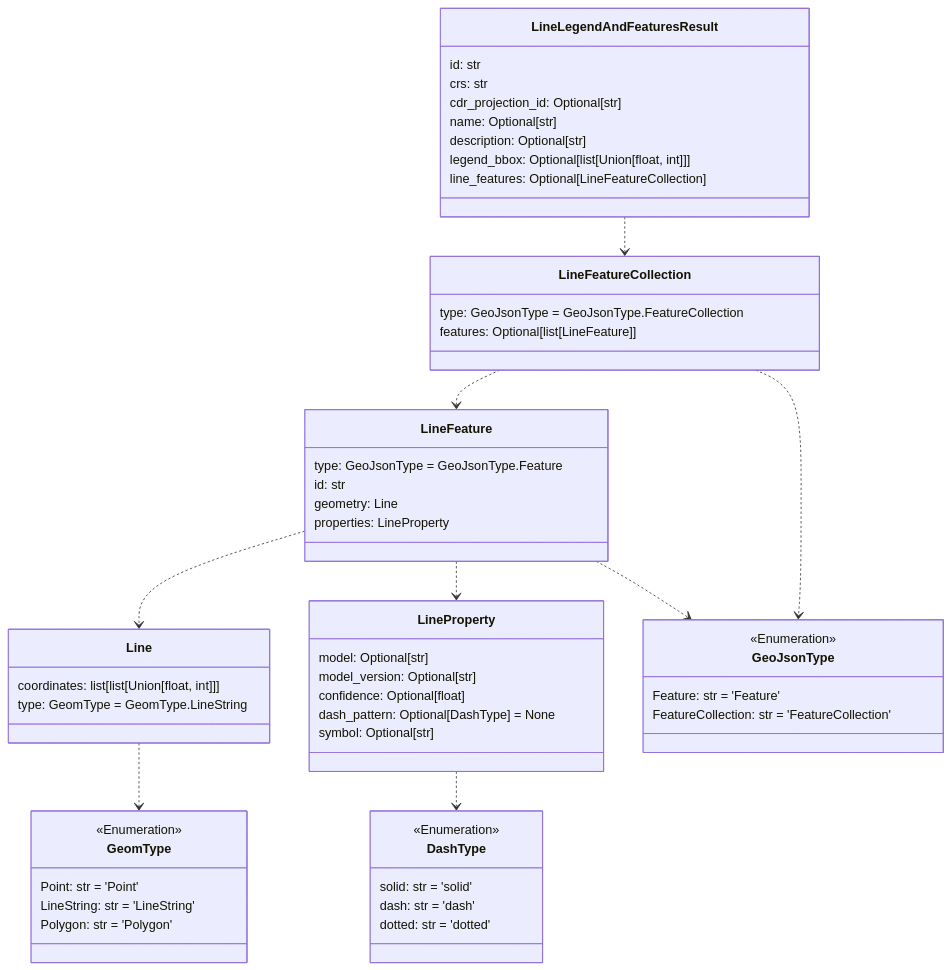
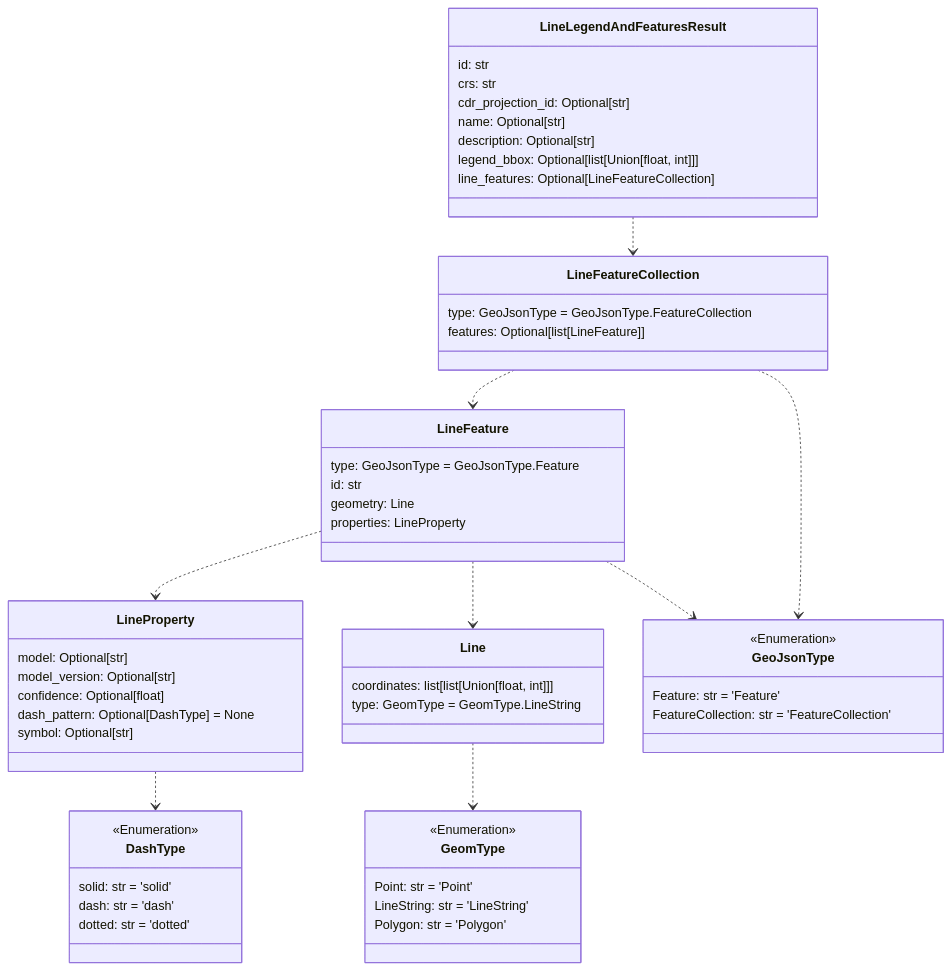
One commit to DARPA-CRITICALMAAS/cdr_schemas changed the sixth of 12 diagrams in README.md. Above: the diagram before and after it, drawn with Mermaid. The commit also changed other lines of this file and 7 other files, not shown here.

````diff
--- a/README.md
+++ b/README.md
@@ -348,69 +395,69 @@
 ```mermaid
 classDiagram
 
     class LineFeature {
         type: GeoJsonType = GeoJsonType.Feature
         id: str
         geometry: Line
         properties: LineProperty
     }
 
-    class DashType {
-        <<Enumeration>>
-        solid: str = 'solid'
-        dash: str = 'dash'
-        dotted: str = 'dotted'
+    class Line {
+        coordinates: list[list[Union[float, int]]]
+        type: GeomType = GeomType.LineString
     }
 
-    class GeomType {
-        <<Enumeration>>
-        Point: str = 'Point'
-        LineString: str = 'LineString'
-        Polygon: str = 'Polygon'
+    class LineFeatureCollection {
+        type: GeoJsonType = GeoJsonType.FeatureCollection
+        features: Optional[list[LineFeature]]
     }
 
     class GeoJsonType {
         <<Enumeration>>
         Feature: str = 'Feature'
         FeatureCollection: str = 'FeatureCollection'
-    }
-
-    class Line {
-        coordinates: list[list[Union[float, int]]]
-        type: GeomType = GeomType.LineString
-    }
-
-    class LineProperty {
-        model: Optional[str]
-        model_version: Optional[str]
-        confidence: Optional[float]
-        dash_pattern: Optional[DashType] = None
-        symbol: Optional[str]
     }
 
     class LineLegendAndFeaturesResult {
         id: str
         crs: str
         cdr_projection_id: Optional[str]
         name: Optional[str]
         description: Optional[str]
         legend_bbox: Optional[list[Union[float, int]]]
         line_features: Optional[LineFeatureCollection]
     }
 
-    class LineFeatureCollection {
-        type: GeoJsonType = GeoJsonType.FeatureCollection
-        features: Optional[list[LineFeature]]
+    class LineProperty {
+        model: Optional[str]
+        model_version: Optional[str]
+        confidence: Optional[float]
+        dash_pattern: Optional[DashType] = None
+        symbol: Optional[str]
+    }
+
+    class GeomType {
+        <<Enumeration>>
+        Point: str = 'Point'
+        LineString: str = 'LineString'
+        Polygon: str = 'Polygon'
+    }
+
+    class DashType {
+        <<Enumeration>>
+        solid: str = 'solid'
+        dash: str = 'dash'
+        dotted: str = 'dotted'
     }
 
     Line ..> GeomType
     LineProperty ..> DashType
+    LineFeature ..> LineProperty
     LineFeature ..> Line
-    LineFeature ..> LineProperty
     LineFeature ..> GeoJsonType
     LineFeatureCollection ..> LineFeature
     LineFeatureCollection ..> GeoJsonType
     LineLegendAndFeaturesResult ..> LineFeatureCollection
 
 
 ```
````
